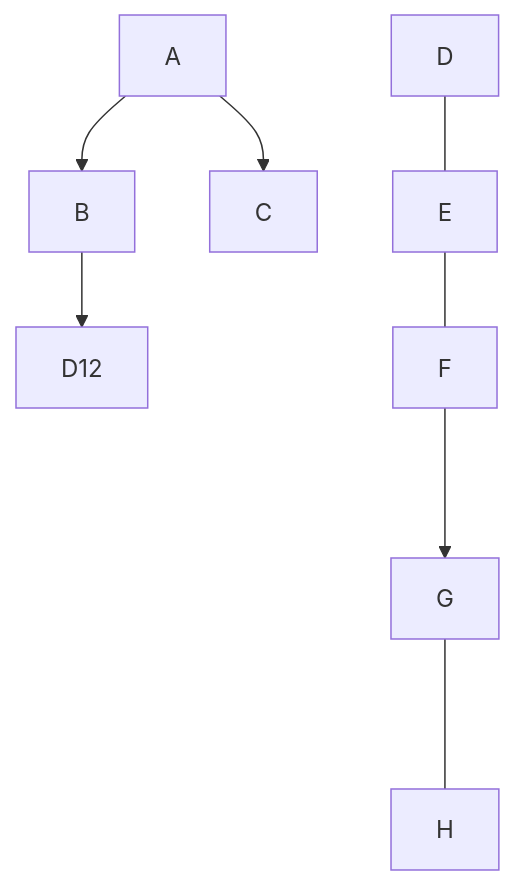
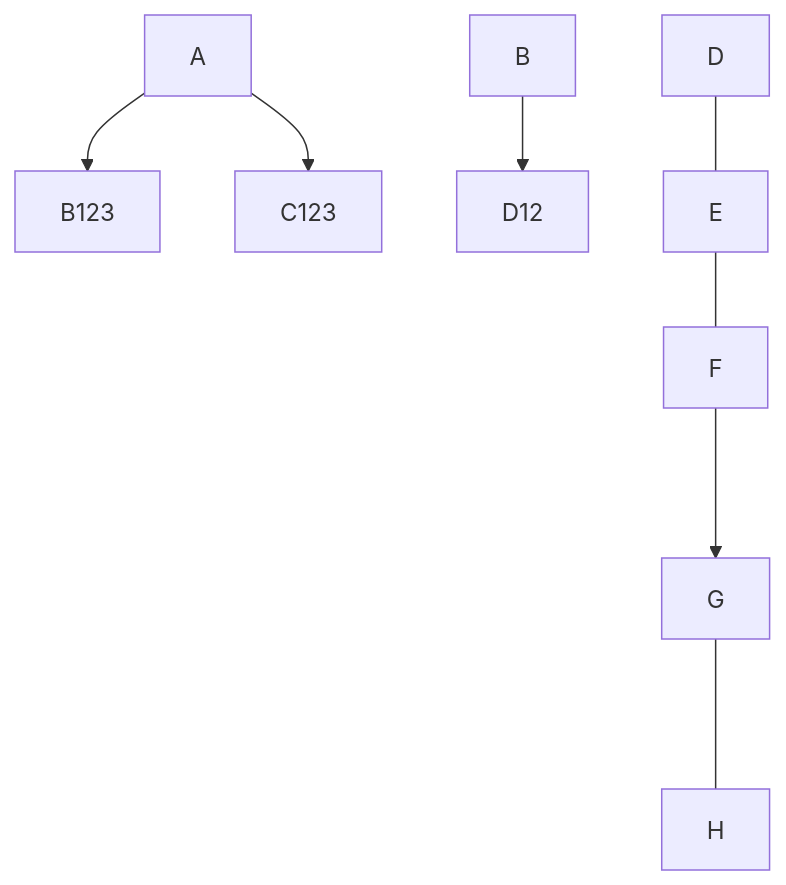
One commit to misterkrull/GitWhippingBoy changed the first of 2 diagrams in README.md. Above: the diagram before and after it, drawn with Mermaid. The commit also changed other lines of this file, not shown here.

Commit message:
Update README.md FOR CONFLICT

````diff
--- a/README.md
+++ b/README.md
@@ -1,11 +1,11 @@
 ```mermaid
   graph TB;
-      A-->B;
-      A-->C;
+      A-->B123;
+      A-->C123;
       B-->D12;
       
       D---E
       E---F;
       F--->G;
       G----H;
 ```
````
